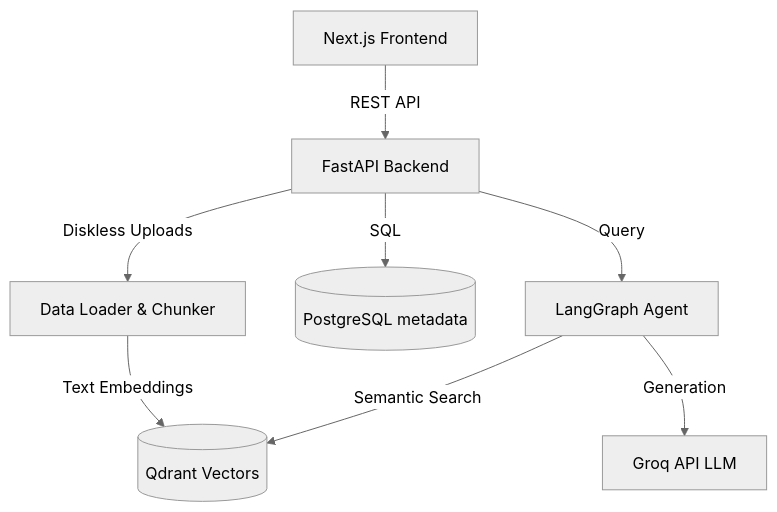
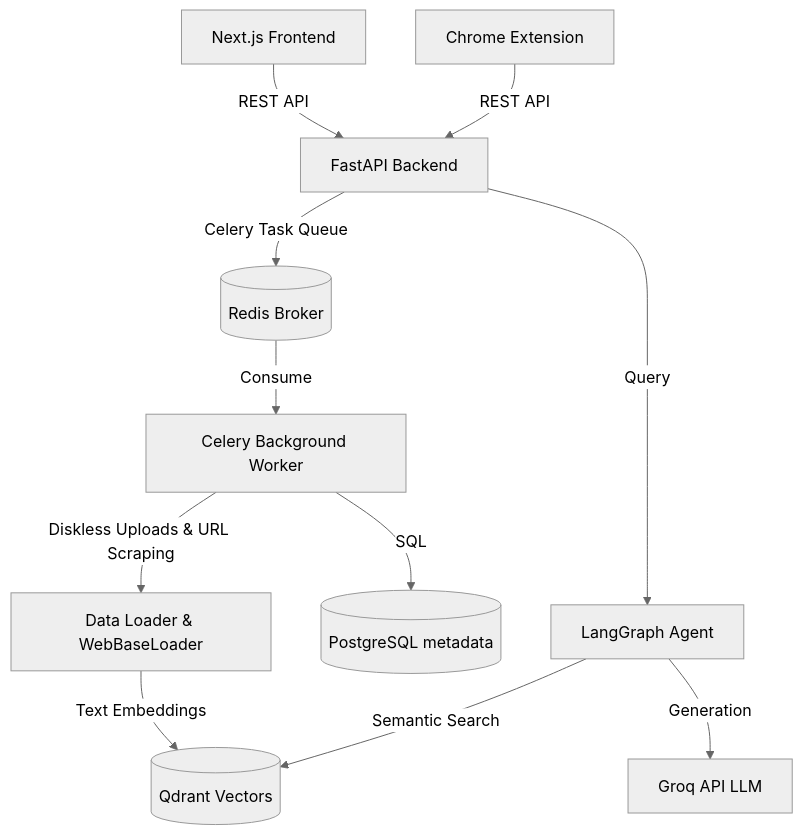
The diagram in DOCUMENTATION.md (adityaS49/NeuraDesk), drawn with Mermaid (neutral theme) before and after one commit. The commit also changed other lines of this file and 18 other files, not shown here.

Commit message:
feat: Add Chrome Extension for Web Scraping and Celery task queue

````diff
--- a/DOCUMENTATION.md
+++ b/DOCUMENTATION.md
@@ -13,10 +14,13 @@
 ```mermaid
 graph TD;
     Client[Next.js Frontend] --> |REST API| API[FastAPI Backend];
-    API --> |Diskless Uploads| Loader[Data Loader & Chunker];
-    API --> |SQL| DB[(PostgreSQL metadata)];
+    ChromeExt[Chrome Extension] --> |REST API| API;
+    API --> |Celery Task Queue| Redis[(Redis Broker)];
+    Redis --> |Consume| CeleryWorker[Celery Background Worker];
+    CeleryWorker --> |Diskless Uploads & URL Scraping| Loader[Data Loader & WebBaseLoader];
+    CeleryWorker --> |SQL| DB[(PostgreSQL metadata)];
     Loader --> |Text Embeddings| Qdrant[(Qdrant Vectors)];
     API --> |Query| LangGraph[LangGraph Agent];
     LangGraph --> |Semantic Search| Qdrant;
     LangGraph --> |Generation| Groq[Groq API LLM];
 ```
````
